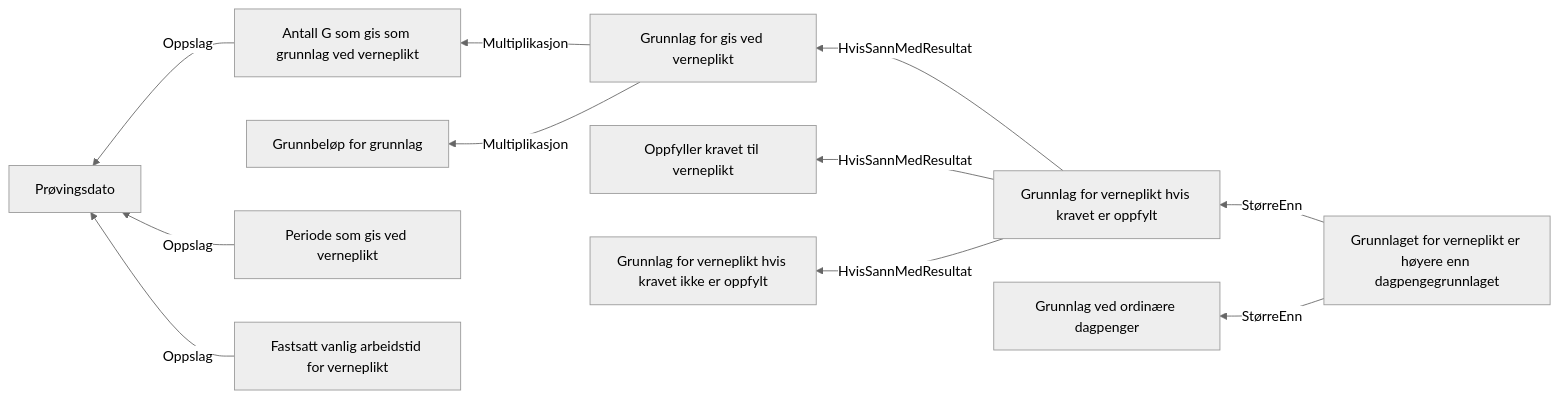
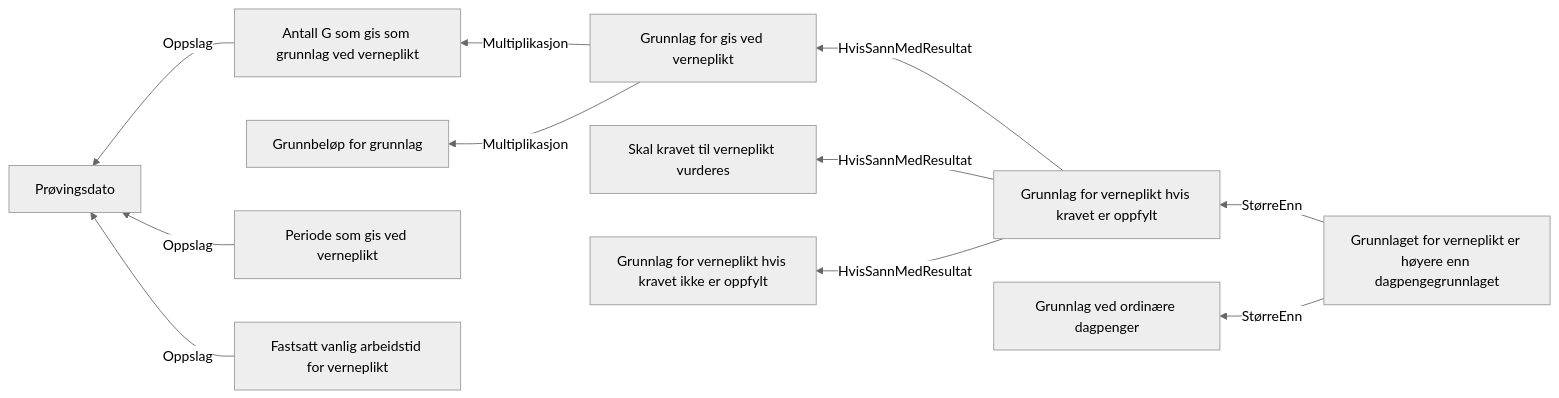
Before and after one commit to navikt/dp-behandling: the diagram in docs/regler/§ 4-19 Verneplikt (fastsetting).approved.md, drawn with Mermaid (neutral theme). The commit also changed 23 other files, not shown here.

First line of the commit message:
Lag en ny opplysning om kravet til verneplikt skal prøves.

````diff
--- a/docs/regler/§ 4-19 Verneplikt (fastsetting).approved.md
+++ b/docs/regler/§ 4-19 Verneplikt (fastsetting).approved.md
@@ -5,13 +5,13 @@
 ```mermaid
 graph RL
   A["Antall G som gis som grunnlag ved verneplikt"] -->|"Oppslag"| B["Prøvingsdato"]
   C["Grunnlag for gis ved verneplikt"] -->|"Multiplikasjon"| D["Grunnbeløp for grunnlag"]
   C["Grunnlag for gis ved verneplikt"] -->|"Multiplikasjon"| A["Antall G som gis som grunnlag ved verneplikt"]
   E["Periode som gis ved verneplikt"] -->|"Oppslag"| B["Prøvingsdato"]
   F["Fastsatt vanlig arbeidstid for verneplikt"] -->|"Oppslag"| B["Prøvingsdato"]
-  G["Grunnlag for verneplikt hvis kravet er oppfylt"] -->|"HvisSannMedResultat"| H["Oppfyller kravet til verneplikt"]
+  G["Grunnlag for verneplikt hvis kravet er oppfylt"] -->|"HvisSannMedResultat"| H["Skal kravet til verneplikt vurderes"]
   G["Grunnlag for verneplikt hvis kravet er oppfylt"] -->|"HvisSannMedResultat"| C["Grunnlag for gis ved verneplikt"]
   G["Grunnlag for verneplikt hvis kravet er oppfylt"] -->|"HvisSannMedResultat"| I["Grunnlag for verneplikt hvis kravet ikke er oppfylt"]
   J["Grunnlaget for verneplikt er høyere enn dagpengegrunnlaget"] -->|"StørreEnn"| G["Grunnlag for verneplikt hvis kravet er oppfylt"]
   J["Grunnlaget for verneplikt er høyere enn dagpengegrunnlaget"] -->|"StørreEnn"| K["Grunnlag ved ordinære dagpenger"]
 ```
````
